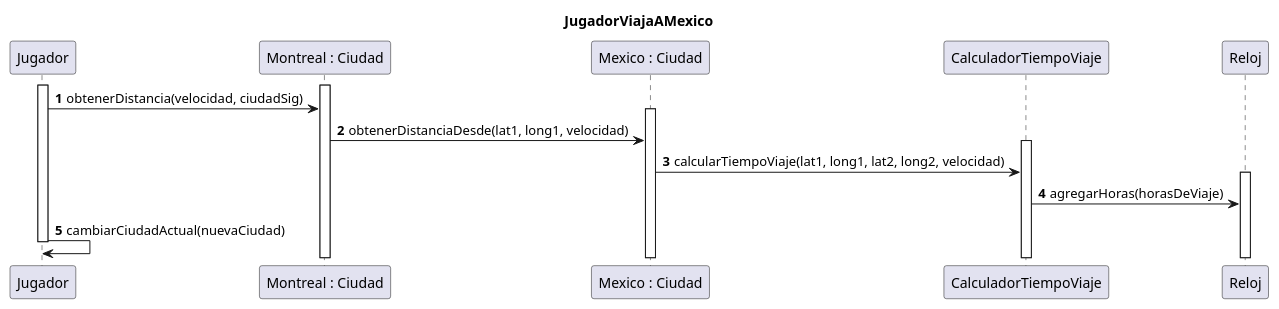
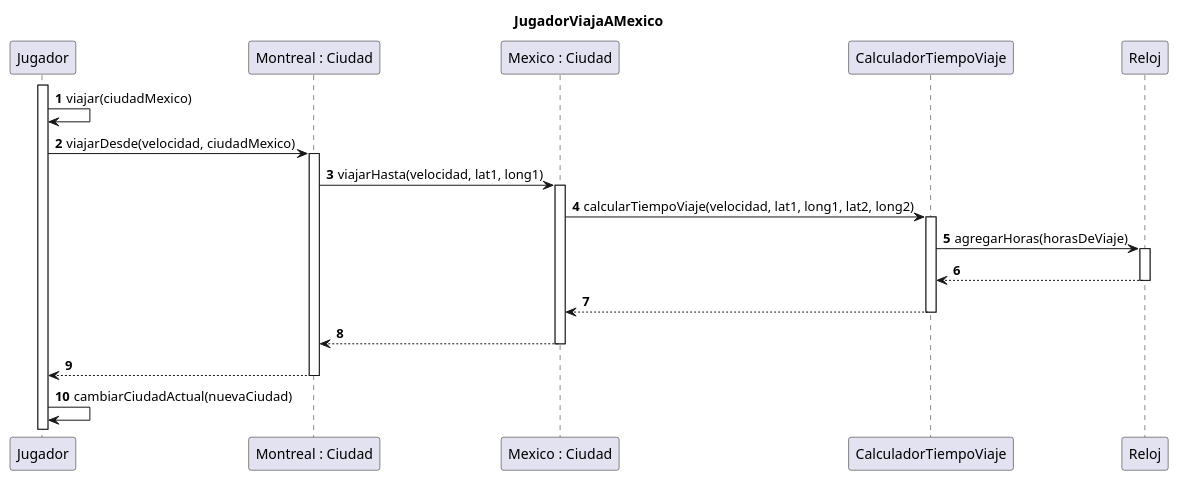
One commit to alexguttlein/TP2-CarmenSandiego changed the diagram in diagrams/sequences/Entrega1/casoUso3.puml. Above: the diagram before and after it, drawn with PlantUML. The commit also changed 20 other files, not shown here.

```diff
--- a/diagrams/sequences/Entrega1/casoUso3.puml
+++ b/diagrams/sequences/Entrega1/casoUso3.puml
@@ -1,28 +1,25 @@
 @startuml
 
 autonumber
 title "JugadorViajaAMexico"
 activate Jugador
-'Jugador -> Jugador: viajar(ciudadMexico)  jugador.viajar(ciudadSig)
+Jugador -> Jugador: viajar(ciudadMexico)
+Jugador -> "Montreal : Ciudad": viajarDesde(velocidad, ciudadMexico)
 activate "Montreal : Ciudad"
-Jugador -> "Montreal : Ciudad": obtenerDistancia(velocidad, ciudadSig)
+"Montreal : Ciudad" -> "Mexico : Ciudad": viajarHasta(velocidad, lat1, long1)
 activate "Mexico : Ciudad"
-"Montreal : Ciudad" -> "Mexico : Ciudad": obtenerDistanciaDesde(lat1, long1, velocidad)
+"Mexico : Ciudad" -> CalculadorTiempoViaje: calcularTiempoViaje(velocidad, lat1, long1, lat2, long2)
 activate CalculadorTiempoViaje
-"Mexico : Ciudad" -> CalculadorTiempoViaje: calcularTiempoViaje(lat1, long1, lat2, long2, velocidad)
+CalculadorTiempoViaje -> Reloj: agregarHoras(horasDeViaje)
 activate Reloj
-CalculadorTiempoViaje -> Reloj: agregarHoras(horasDeViaje)
-'Calcula y lo cambia de acuerdo a su velocidad
+Reloj --> CalculadorTiempoViaje
+deactivate Reloj
+CalculadorTiempoViaje --> "Mexico : Ciudad"
+deactivate CalculadorTiempoViaje
+"Mexico : Ciudad" --> "Montreal : Ciudad"
+deactivate "Mexico : Ciudad"
+"Montreal : Ciudad" --> Jugador
+deactivate "Montreal : Ciudad"
 Jugador -> Jugador: cambiarCiudadActual(nuevaCiudad)
 
-
-deactivate Jugador
-
-
-/'
-En realidad en vez de pedir la cantidad de km, podemos pasarle la velocidad
-a la ciudad y que calcule el tiempo de viaje
-Delegar a una nueva clase CalculadorTiempoViaje(lat1, long1, lat2, long2, valocidad)
-'/
-
 @enduml
```
